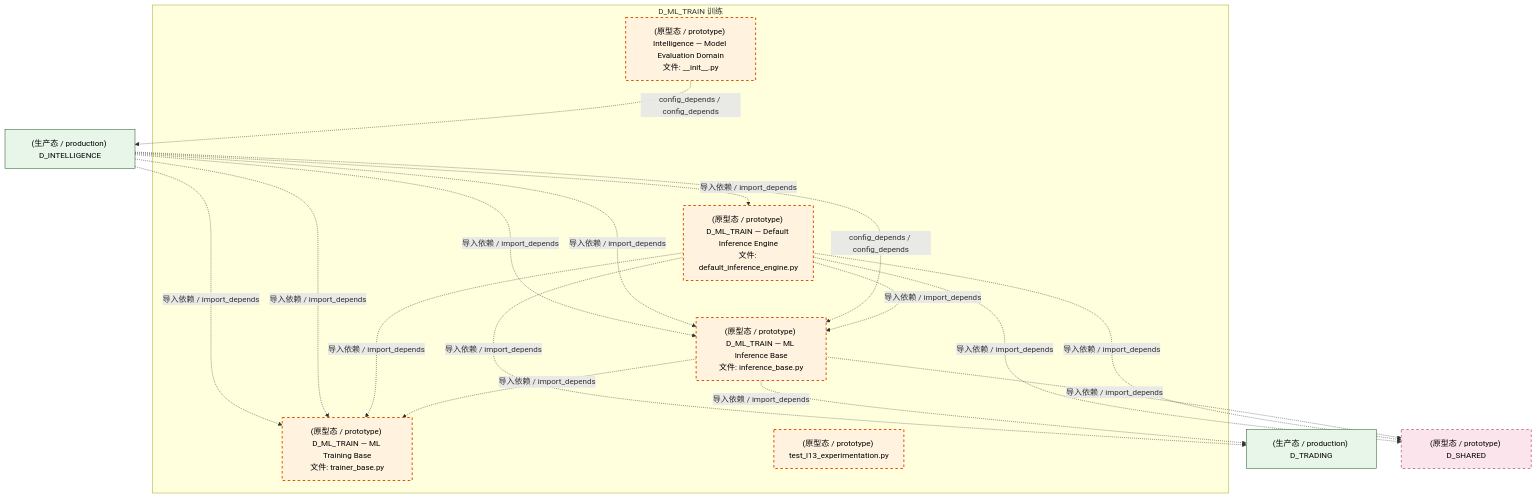
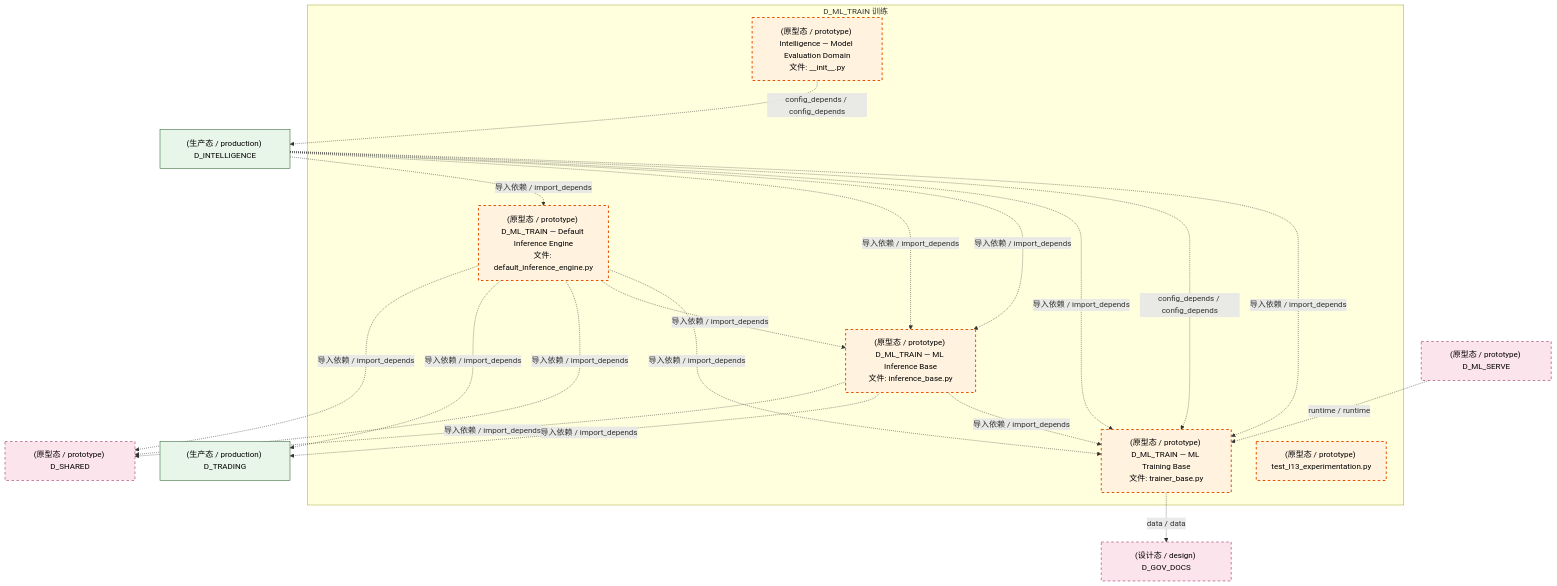
Before and after one commit to xuanFelixVan/ZephyrAlpha: the third of 4 diagrams in docs/02_enterprise_architecture/02_domain_architecture_docs/50_d_ml_train.md, drawn with Mermaid. The commit also changed other lines of this file and 126 other files, not shown here.

````diff
--- a/docs/02_enterprise_architecture/02_domain_architecture_docs/50_d_ml_train.md
+++ b/docs/02_enterprise_architecture/02_domain_architecture_docs/50_d_ml_train.md
@@ -146,35 +153,39 @@
 ```mermaid
 graph TD
     subgraph D_ML_TRAIN["D_ML_TRAIN 训练"]
         src_zephyr_intelligence_model_evaluation_init_py["(原型态 / prototype) Intelligence — Model Evaluation Domain<br/>文件: __init__.py"]
         src_zephyr_ml_train_implementations_default_inference_engine_py["(原型态 / prototype) D_ML_TRAIN — Default Inference Engine<br/>文件: default_inference_engine.py"]
         src_zephyr_ml_train_inference_base_py["(原型态 / prototype) D_ML_TRAIN — ML Inference Base<br/>文件: inference_base.py"]
         src_zephyr_ml_train_trainer_base_py["(原型态 / prototype) D_ML_TRAIN — ML Training Base<br/>文件: trainer_base.py"]
         tests_ml_experiment_test_l13_experimentation_py["(原型态 / prototype) test_l13_experimentation.py"]
     end
     src_zephyr_ml_train_inference_base_py -.->|导入依赖 / import_depends| src_zephyr_ml_train_trainer_base_py
+    src_zephyr_ml_train_implementations_default_inference_engine_py -.->|导入依赖 / import_depends| src_zephyr_ml_train_trainer_base_py
     src_zephyr_ml_train_implementations_default_inference_engine_py -.->|导入依赖 / import_depends| src_zephyr_ml_train_inference_base_py
-    src_zephyr_ml_train_implementations_default_inference_engine_py -.->|导入依赖 / import_depends| src_zephyr_ml_train_trainer_base_py
     D_INTELLIGENCE["(生产态 / production) D_INTELLIGENCE"]
     src_zephyr_intelligence_model_evaluation_init_py -.->|config_depends / config_depends| D_INTELLIGENCE
+    D_GOV_DOCS["(设计态 / design) D_GOV_DOCS"]
+    src_zephyr_ml_train_trainer_base_py -.->|data / data| D_GOV_DOCS
     D_TRADING["(生产态 / production) D_TRADING"]
     src_zephyr_ml_train_inference_base_py -.->|导入依赖 / import_depends| D_TRADING
     D_SHARED["(原型态 / prototype) D_SHARED"]
     src_zephyr_ml_train_inference_base_py -.->|导入依赖 / import_depends| D_SHARED
     src_zephyr_ml_train_implementations_default_inference_engine_py -.->|导入依赖 / import_depends| D_SHARED
+    src_zephyr_ml_train_implementations_default_inference_engine_py -.->|导入依赖 / import_depends| D_TRADING
     src_zephyr_ml_train_implementations_default_inference_engine_py -.->|导入依赖 / import_depends| D_SHARED
-    src_zephyr_ml_train_implementations_default_inference_engine_py -.->|导入依赖 / import_depends| D_TRADING
-    D_INTELLIGENCE -.->|config_depends / config_depends| src_zephyr_ml_train_inference_base_py
+    D_INTELLIGENCE -.->|导入依赖 / import_depends| src_zephyr_ml_train_trainer_base_py
+    D_INTELLIGENCE -.->|config_depends / config_depends| src_zephyr_ml_train_trainer_base_py
+    D_INTELLIGENCE -.->|导入依赖 / import_depends| src_zephyr_ml_train_trainer_base_py
+    D_ML_SERVE["(原型态 / prototype) D_ML_SERVE"]
+    D_ML_SERVE -.->|runtime / runtime| src_zephyr_ml_train_trainer_base_py
     D_INTELLIGENCE -.->|导入依赖 / import_depends| src_zephyr_ml_train_inference_base_py
     D_INTELLIGENCE -.->|导入依赖 / import_depends| src_zephyr_ml_train_inference_base_py
-    D_INTELLIGENCE -.->|导入依赖 / import_depends| src_zephyr_ml_train_trainer_base_py
-    D_INTELLIGENCE -.->|导入依赖 / import_depends| src_zephyr_ml_train_trainer_base_py
     D_INTELLIGENCE -.->|导入依赖 / import_depends| src_zephyr_ml_train_implementations_default_inference_engine_py
     classDef production fill:#e1f5fe,stroke:#01579b,stroke-width:2px,color:#000
     classDef design fill:#fff3e0,stroke:#e65100,stroke-width:2px,color:#000,stroke-dasharray: 5 5
     classDef external_prod fill:#e8f5e9,stroke:#1b5e20,stroke-width:1px,color:#000
     classDef external_design fill:#fce4ec,stroke:#880e4f,stroke-width:1px,color:#000,stroke-dasharray: 5 5
     class src_zephyr_intelligence_model_evaluation_init_py,src_zephyr_ml_train_implementations_default_inference_engine_py,src_zephyr_ml_train_inference_base_py,src_zephyr_ml_train_trainer_base_py,tests_ml_experiment_test_l13_experimentation_py design
     class D_INTELLIGENCE,D_TRADING external_prod
-    class D_SHARED external_design
+    class D_GOV_DOCS,D_SHARED,D_ML_SERVE external_design
 ```
````
